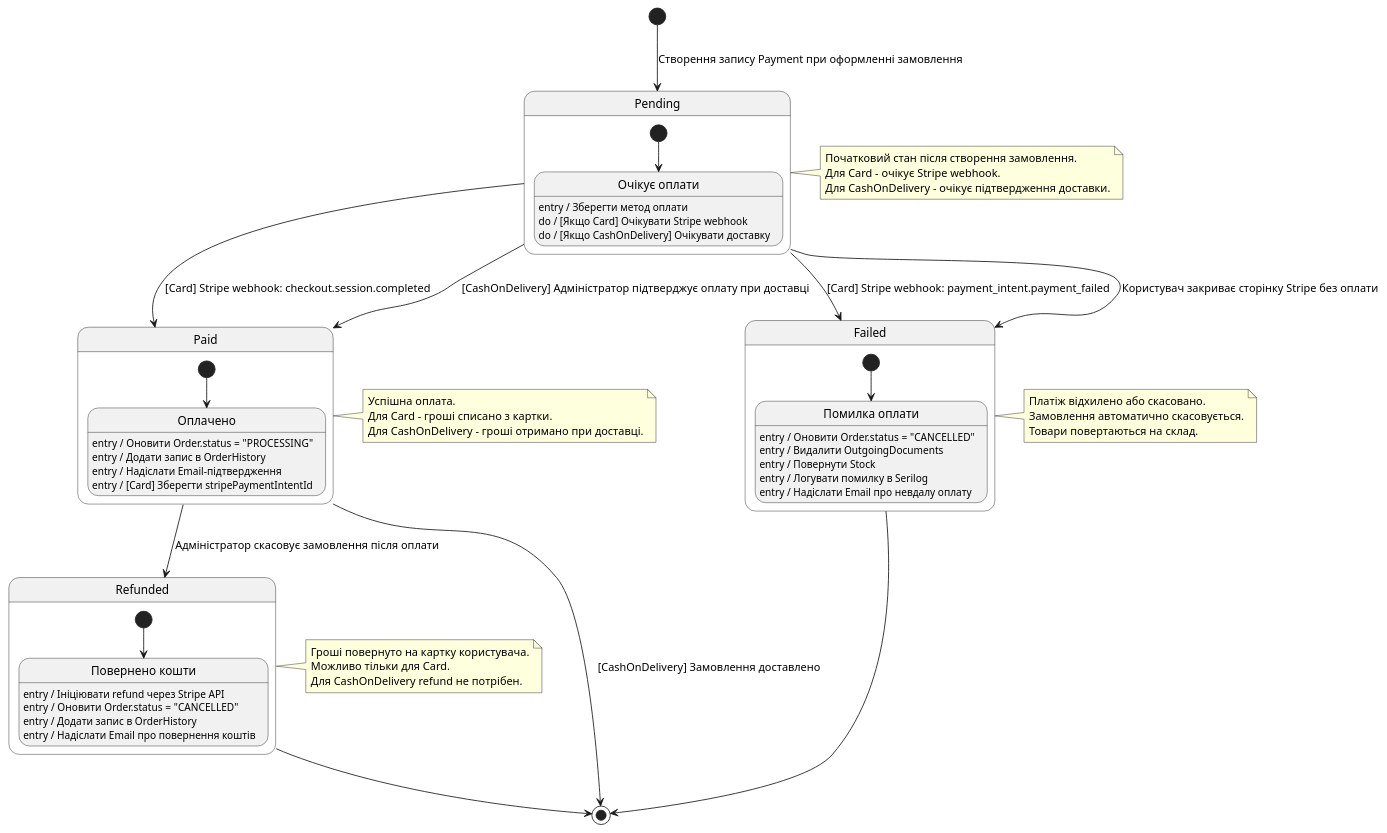
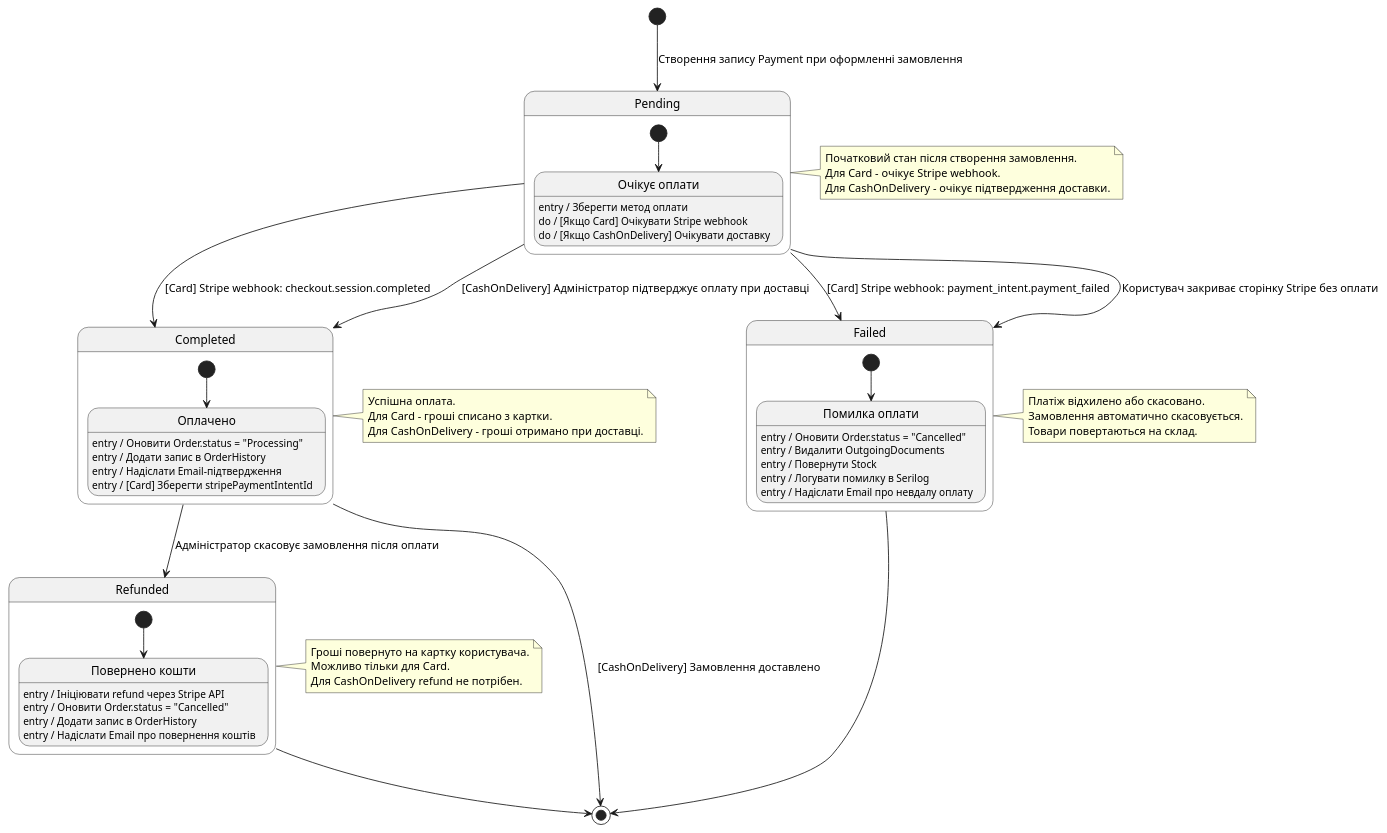
Before and after one commit to DanSam29/souvenir-shop-khdu: the diagram in docs/diagrams/source/code/state-machine-payment.puml, drawn with PlantUML. The commit also changed 49 other files, not shown here.

```diff
--- a/docs/diagrams/source/code/state-machine-payment.puml
+++ b/docs/diagrams/source/code/state-machine-payment.puml
@@ -1,76 +1,76 @@
 @startuml "State Machine Diagram - Payment (Платіж)"
 
 [*] --> Pending : Створення запису Payment при оформленні замовлення
 
 state Pending {
     state "Очікує оплати" as Pend
     [*] --> Pend
     Pend : entry / Зберегти метод оплати
     Pend : do / [Якщо Card] Очікувати Stripe webhook
     Pend : do / [Якщо CashOnDelivery] Очікувати доставку
 }
 
-Pending --> Paid : [Card] Stripe webhook: checkout.session.completed
-Pending --> Paid : [CashOnDelivery] Адміністратор підтверджує оплату при доставці
+Pending --> Completed : [Card] Stripe webhook: checkout.session.completed
+Pending --> Completed : [CashOnDelivery] Адміністратор підтверджує оплату при доставці
 Pending --> Failed : [Card] Stripe webhook: payment_intent.payment_failed
 Pending --> Failed : Користувач закриває сторінку Stripe без оплати
 
-state Paid {
+state Completed {
     state "Оплачено" as P
     [*] --> P
-    P : entry / Оновити Order.status = "PROCESSING"
+    P : entry / Оновити Order.status = "Processing"
     P : entry / Додати запис в OrderHistory
     P : entry / Надіслати Email-підтвердження
     P : entry / [Card] Зберегти stripePaymentIntentId
 }
 
 state Failed {
     state "Помилка оплати" as Fail
     [*] --> Fail
-    Fail : entry / Оновити Order.status = "CANCELLED"
+    Fail : entry / Оновити Order.status = "Cancelled"
     Fail : entry / Видалити OutgoingDocuments
     Fail : entry / Повернути Stock
     Fail : entry / Логувати помилку в Serilog
     Fail : entry / Надіслати Email про невдалу оплату
 }
 
-Paid --> Refunded : Адміністратор скасовує замовлення після оплати
+Completed --> Refunded : Адміністратор скасовує замовлення після оплати
 
 state Refunded {
     state "Повернено кошти" as Ref
     [*] --> Ref
     Ref : entry / Ініціювати refund через Stripe API
-    Ref : entry / Оновити Order.status = "CANCELLED"
+    Ref : entry / Оновити Order.status = "Cancelled"
     Ref : entry / Додати запис в OrderHistory
     Ref : entry / Надіслати Email про повернення коштів
 }
 
-Paid --> [*] : [CashOnDelivery] Замовлення доставлено
+Completed --> [*] : [CashOnDelivery] Замовлення доставлено
 Refunded --> [*]
 Failed --> [*]
 
 note right of Pending
     Початковий стан після створення замовлення.
     Для Card - очікує Stripe webhook.
     Для CashOnDelivery - очікує підтвердження доставки.
 end note
 
-note right of Paid
+note right of Completed
     Успішна оплата.
     Для Card - гроші списано з картки.
     Для CashOnDelivery - гроші отримано при доставці.
 end note
 
 note right of Failed
     Платіж відхилено або скасовано.
     Замовлення автоматично скасовується.
     Товари повертаються на склад.
 end note
 
 note right of Refunded
     Гроші повернуто на картку користувача.
     Можливо тільки для Card.
     Для CashOnDelivery refund не потрібен.
 end note
 
 @enduml
```
